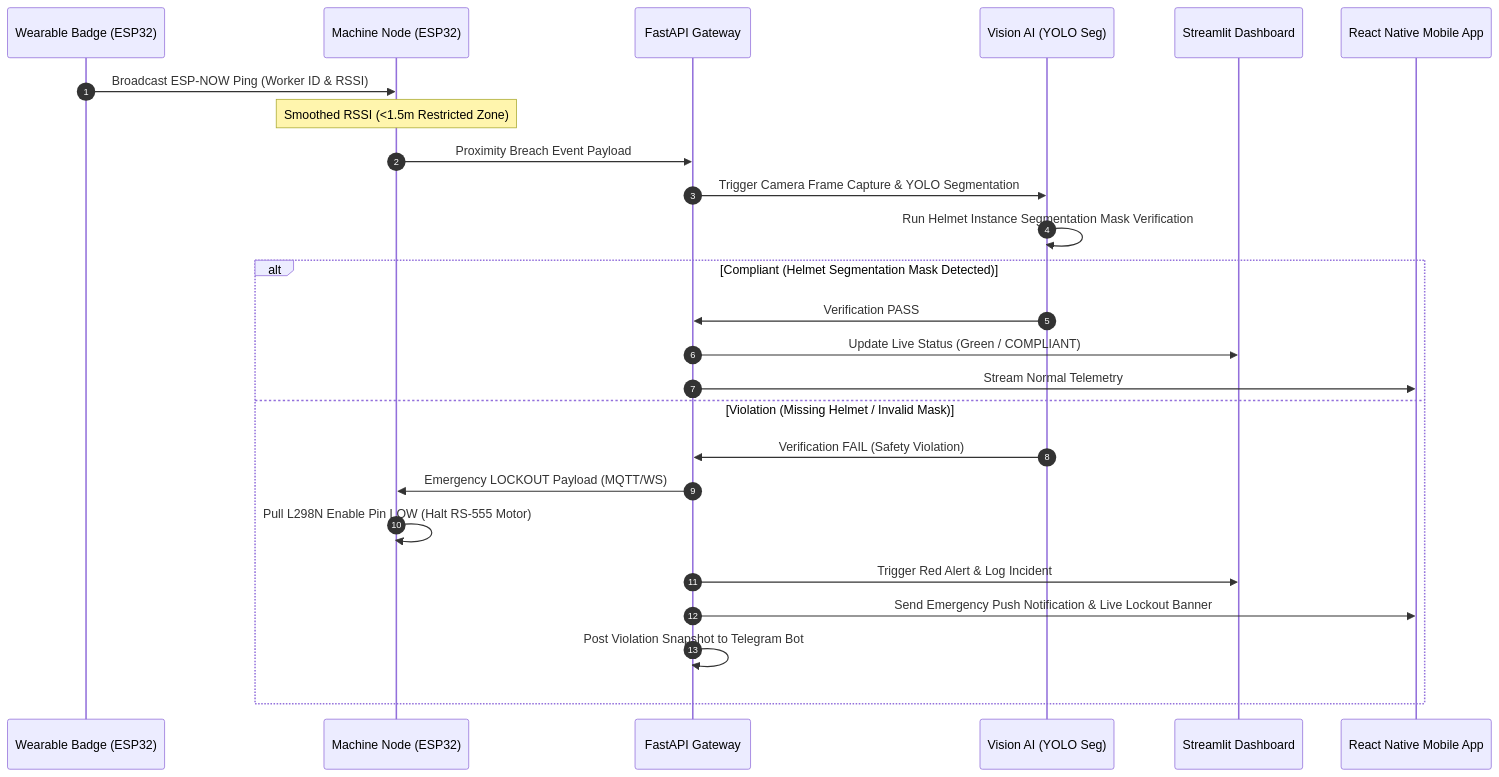
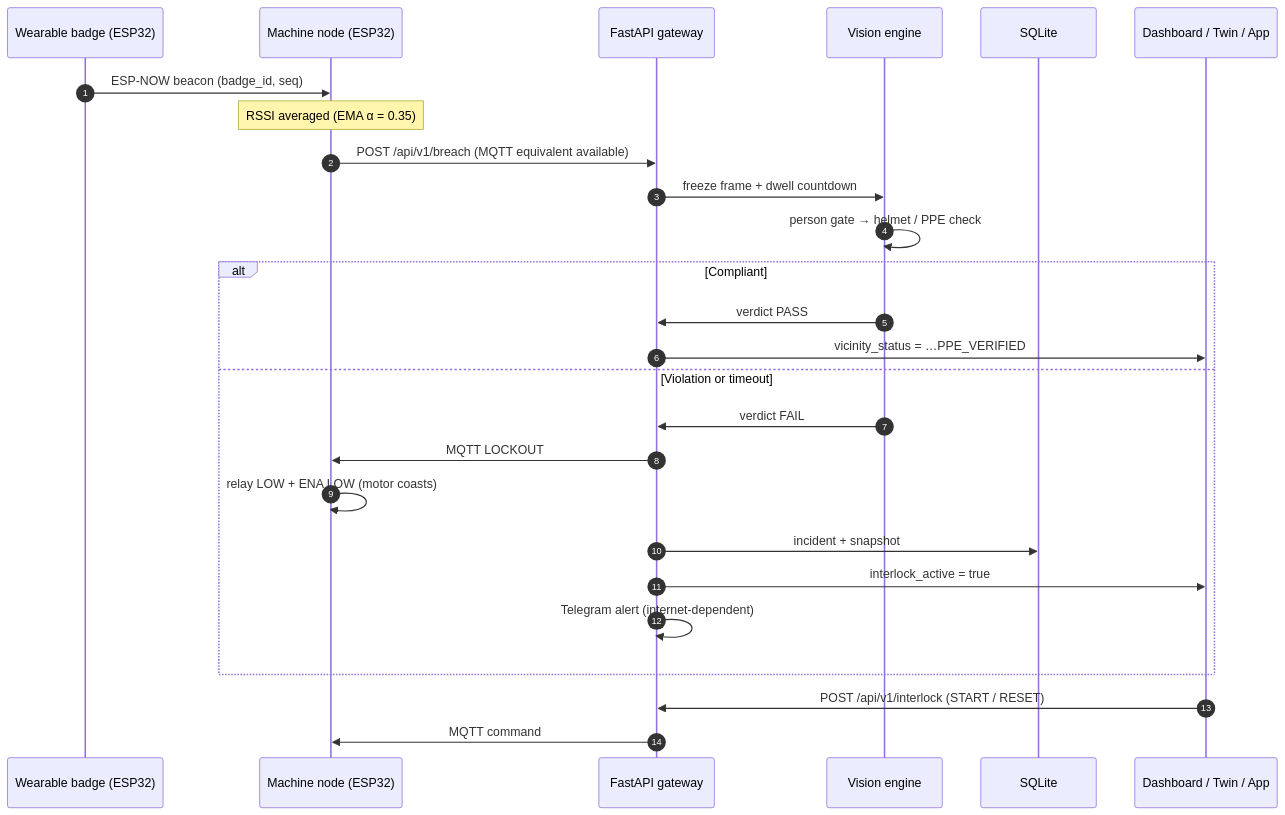
One commit to tester248/armor changed the first of 3 diagrams in docs/ARMOR_System_Architecture_and_Implementation_Plan.md. Above: the diagram before and after it, drawn with Mermaid. The commit also changed other lines of this file and 5 other files, not shown here.

````diff
--- a/docs/ARMOR_System_Architecture_and_Implementation_Plan.md
+++ b/docs/ARMOR_System_Architecture_and_Implementation_Plan.md
@@ -44,28 +70,29 @@
 ```mermaid
 sequenceDiagram
     autonumber
-    participant WB as Wearable Badge (ESP32)
-    participant MN as Machine Node (ESP32)
-    participant BE as FastAPI Gateway
-    participant AI as Vision AI (YOLO Seg)
-    participant ST as Streamlit Dashboard
-    participant RN as React Native Mobile App
+    participant WB as Wearable badge (ESP32)
+    participant MN as Machine node (ESP32)
+    participant BE as FastAPI gateway
+    participant AI as Vision engine
+    participant DB as SQLite
+    participant UI as Dashboard / Twin / App
 
-    WB->>MN: Broadcast ESP-NOW Ping (Worker ID & RSSI)
-    Note over MN: Smoothed RSSI (<1.5m Restricted Zone)
-    MN->>BE: Proximity Breach Event Payload
-    BE->>AI: Trigger Camera Frame Capture & YOLO Segmentation
-    AI->>AI: Run Helmet Instance Segmentation Mask Verification
-    alt Compliant (Helmet Segmentation Mask Detected)
-        AI->>BE: Verification PASS
-        BE->>ST: Update Live Status (Green / COMPLIANT)
-        BE->>RN: Stream Normal Telemetry
-    else Violation (Missing Helmet / Invalid Mask)
-        AI->>BE: Verification FAIL (Safety Violation)
-        BE->>MN: Emergency LOCKOUT Payload (MQTT/WS)
-        MN->>MN: Pull L298N Enable Pin LOW (Halt RS-555 Motor)
-        BE->>ST: Trigger Red Alert & Log Incident
-        BE->>RN: Send Emergency Push Notification & Live Lockout Banner
-        BE->>BE: Post Violation Snapshot to Telegram Bot
+    WB->>MN: ESP-NOW beacon (badge_id, seq)
+    Note over MN: RSSI averaged (EMA α = 0.35)
+    MN->>BE: POST /api/v1/breach (MQTT equivalent available)
+    BE->>AI: freeze frame + dwell countdown
+    AI->>AI: person gate → helmet / PPE check
+    alt Compliant
+        AI->>BE: verdict PASS
+        BE->>UI: vicinity_status = …PPE_VERIFIED
+    else Violation or timeout
+        AI->>BE: verdict FAIL
+        BE->>MN: MQTT LOCKOUT
+        MN->>MN: relay LOW + ENA LOW (motor coasts)
+        BE->>DB: incident + snapshot
+        BE->>UI: interlock_active = true
+        BE->>BE: Telegram alert (internet-dependent)
     end
+    UI->>BE: POST /api/v1/interlock (START / RESET)
+    BE->>MN: MQTT command
 ```
````
